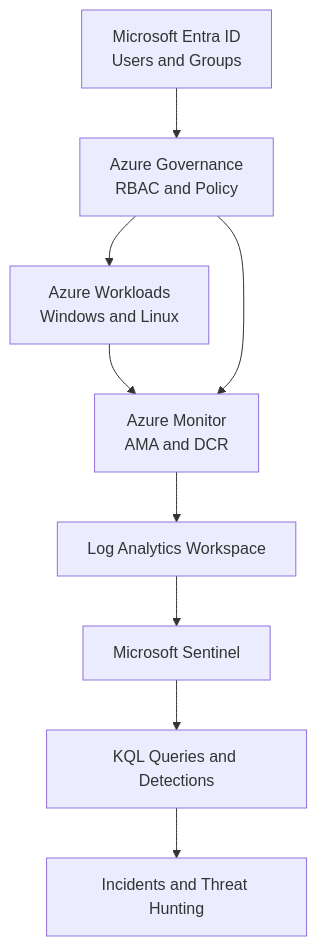
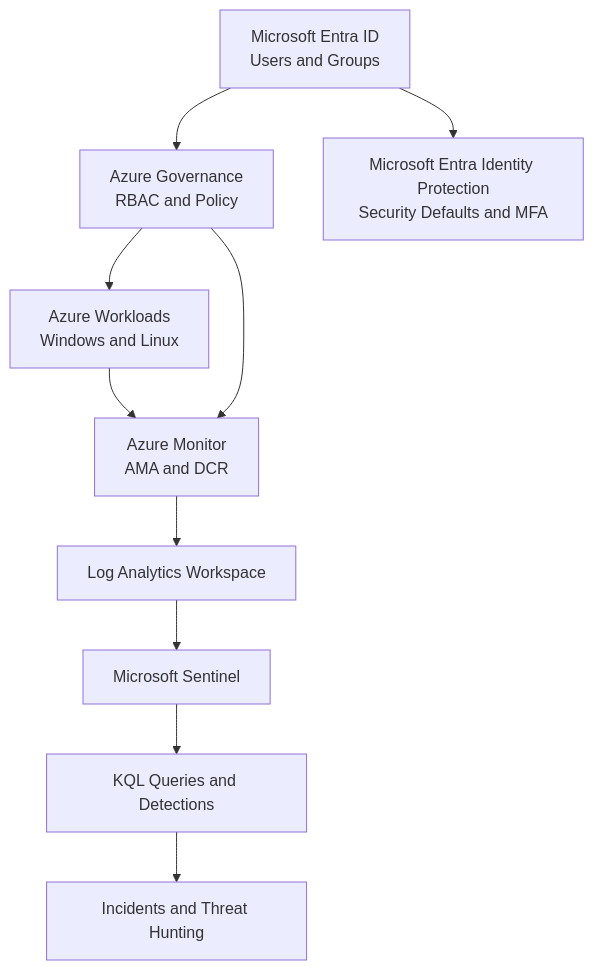
Before and after one commit to Walber2903/azure-security-operations-lab: the diagram in README.md, drawn with Mermaid. The commit also changed other lines of this file and 18 other files, not shown here.

````diff
--- a/README.md
+++ b/README.md
@@ -153,20 +153,22 @@
 ```mermaid
 flowchart TD
     A["Microsoft Entra ID<br/>Users and Groups"]
     B["Azure Governance<br/>RBAC and Policy"]
     C["Azure Workloads<br/>Windows and Linux"]
     D["Azure Monitor<br/>AMA and DCR"]
     E["Log Analytics Workspace"]
     F["Microsoft Sentinel"]
     G["KQL Queries and Detections"]
     H["Incidents and Threat Hunting"]
+    I["Microsoft Entra Identity Protection<br/>Security Defaults and MFA"]
 
     A --> B
+    A --> I
     B --> C
     C --> D
     B --> D
     D --> E
     E --> F
     F --> G
     G --> H
 ```
````
